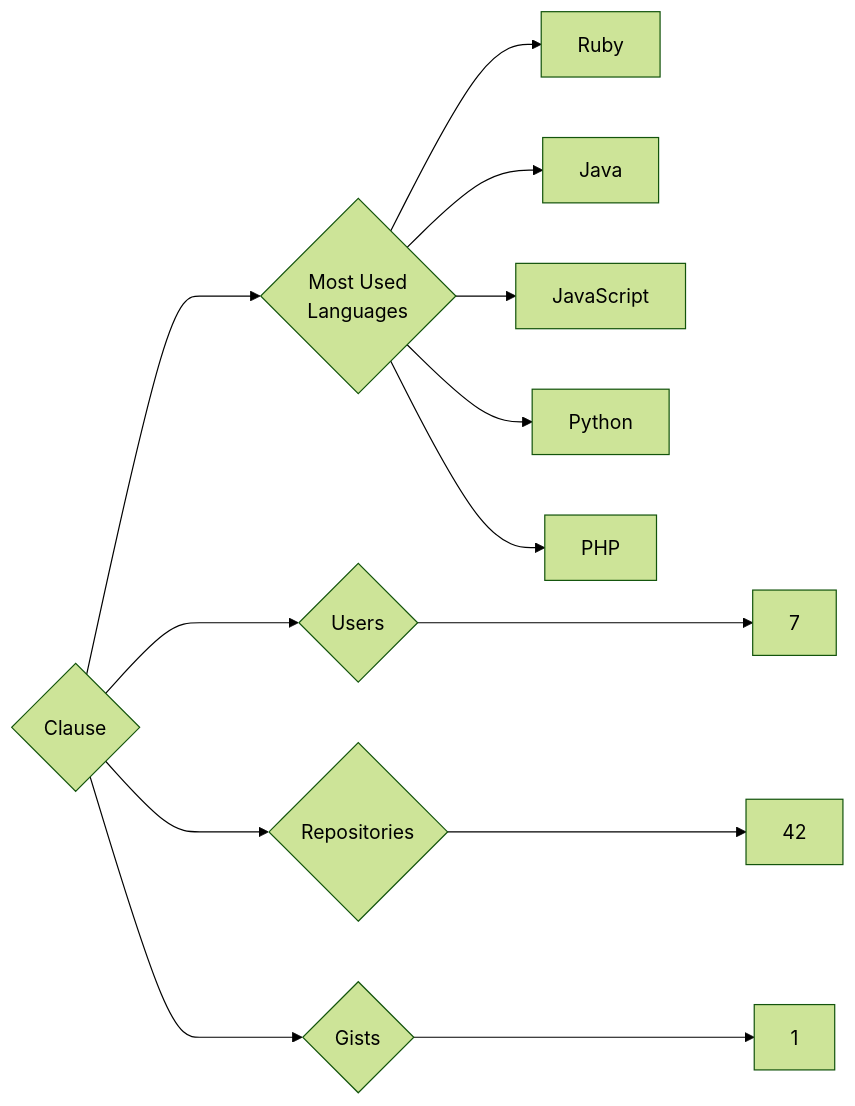
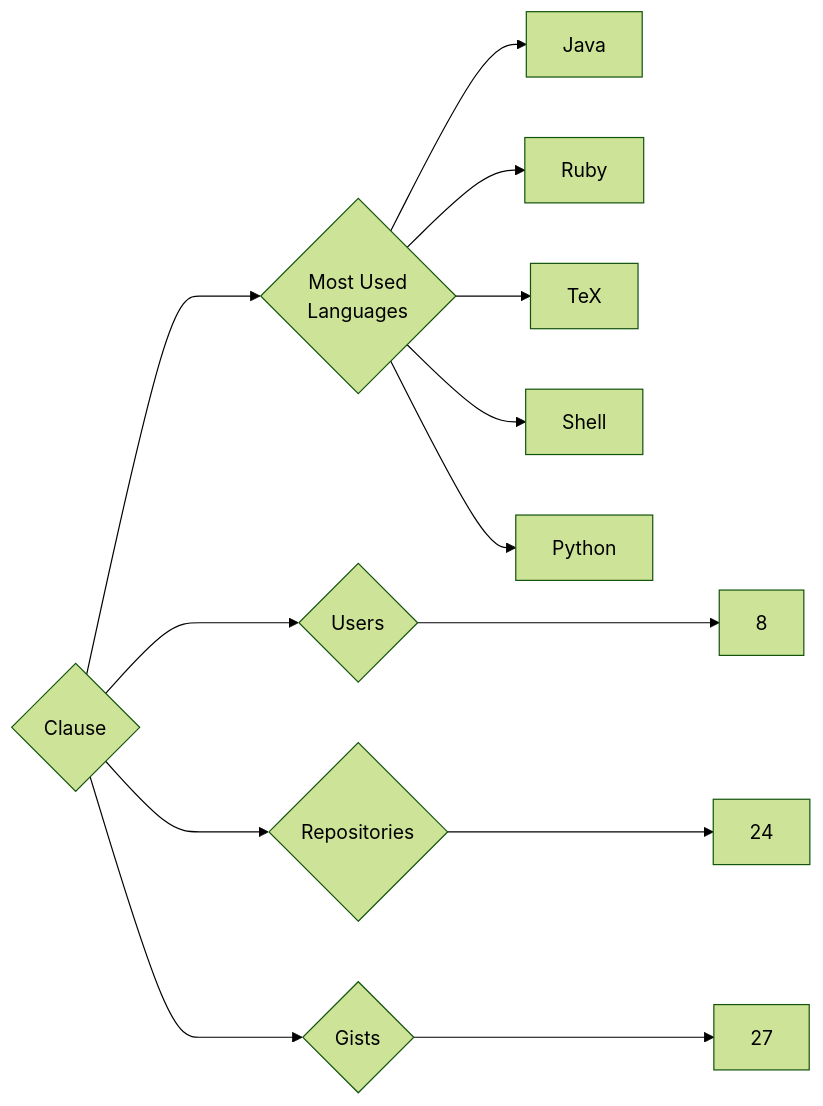
Before and after one commit to trickest/insiders: the diagram in targets/Clause/README.md, drawn with Mermaid (forest theme). The commit also changed 840 other files, not shown here.

````diff
--- a/targets/Clause/README.md
+++ b/targets/Clause/README.md
@@ -3,13 +3,13 @@
 ```mermaid
 graph LR
 COMPANY_NAME{Clause}
-COMPANY_NAME ---> U{Users} ---> UN[7]
-COMPANY_NAME ---> R{Repositories} ---> RN[42]
-COMPANY_NAME ---> G{Gists} ---> GN[1]
+COMPANY_NAME ---> U{Users} ---> UN[8]
+COMPANY_NAME ---> R{Repositories} ---> RN[24]
+COMPANY_NAME ---> G{Gists} ---> GN[27]
 COMPANY_NAME ---> ML{Most Used<br>Languages}
+ML --> Java[Java]
 ML --> Ruby[Ruby]
-ML --> Java[Java]
-ML --> JavaScript[JavaScript]
+ML --> TeX[TeX]
+ML --> Shell[Shell]
 ML --> Python[Python]
-ML --> PHP[PHP]
 ```
````
